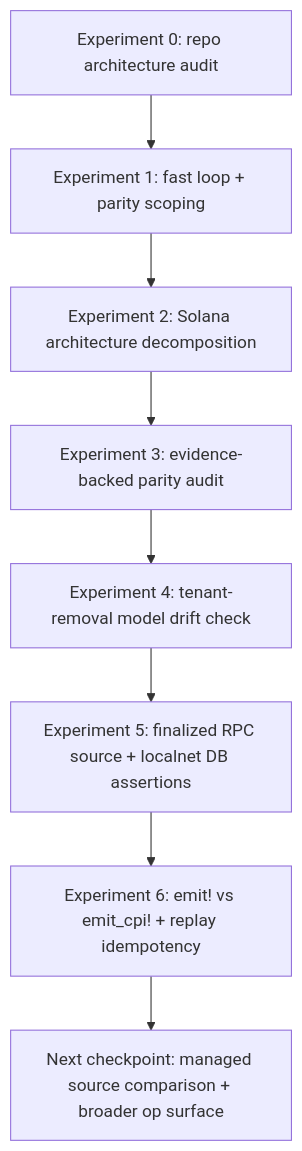
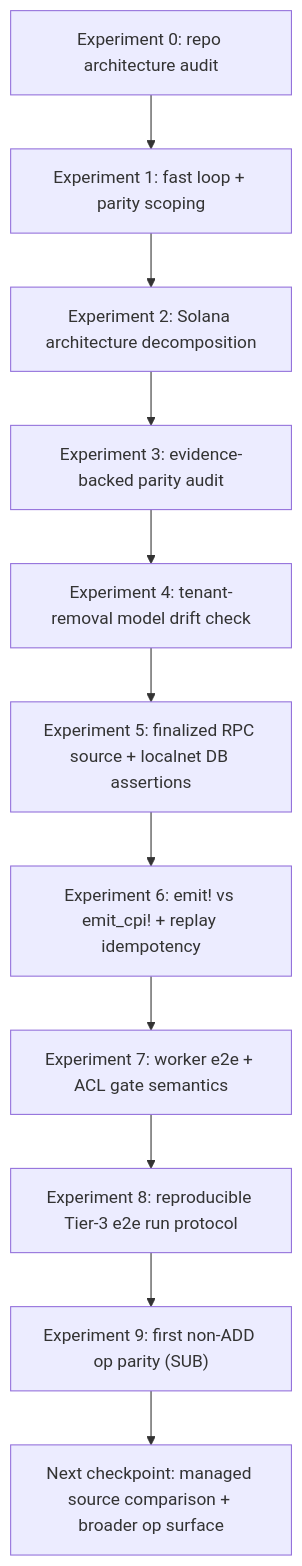
One commit to zama-ai/fhevm changed the diagram in docs/protocol/explorations/solana-host-listener/LEARNING.md. Above: the diagram before and after it, drawn with Mermaid. The commit also changed other lines of this file and 6 other files, not shown here.

Commit message:
solana-listener: add sub-op mapping and broaden acl gate coverage

````diff
--- a/docs/protocol/explorations/solana-host-listener/LEARNING.md
+++ b/docs/protocol/explorations/solana-host-listener/LEARNING.md
@@ -15,10 +15,13 @@
 ```mermaid
 flowchart TD
   E0["Experiment 0: repo architecture audit"] --> E1["Experiment 1: fast loop + parity scoping"]
   E1 --> E2["Experiment 2: Solana architecture decomposition"]
   E2 --> E3["Experiment 3: evidence-backed parity audit"]
   E3 --> E4["Experiment 4: tenant-removal model drift check"]
   E4 --> E5["Experiment 5: finalized RPC source + localnet DB assertions"]
   E5 --> E6["Experiment 6: emit! vs emit_cpi! + replay idempotency"]
-  E6 --> NX["Next checkpoint: managed source comparison + broader op surface"]
+  E6 --> E7["Experiment 7: worker e2e + ACL gate semantics"]
+  E7 --> E8["Experiment 8: reproducible Tier-3 e2e run protocol"]
+  E8 --> E9["Experiment 9: first non-ADD op parity (SUB)"]
+  E9 --> NX["Next checkpoint: managed source comparison + broader op surface"]
 ```
````
